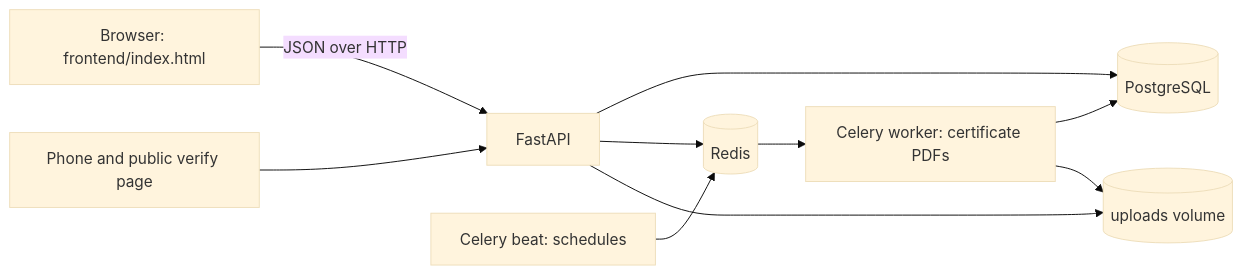
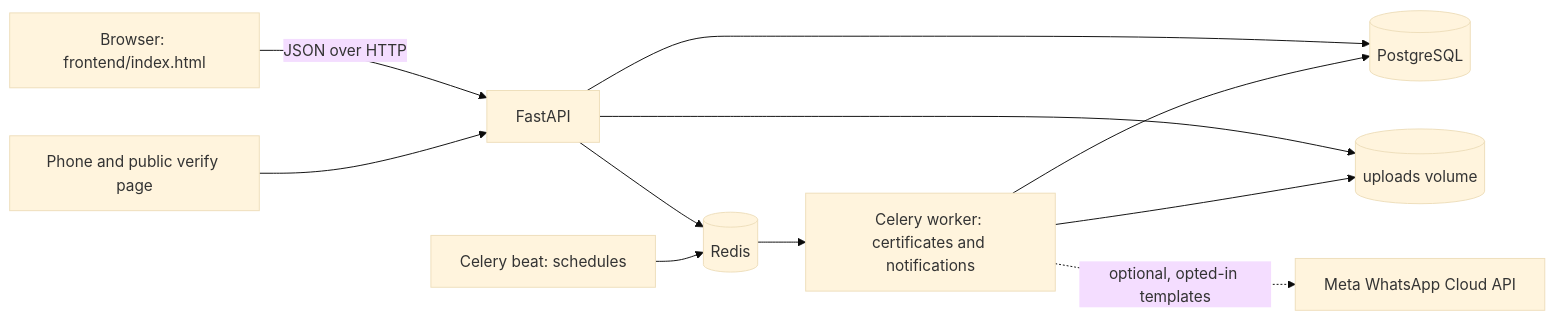
Before and after one commit to armanattrey/club-activities-tracker: the diagram in README.md, drawn with Mermaid (base theme). The commit also changed other lines of this file and 8 other files, not shown here.

Commit message:
Add optional WhatsApp notification delivery

````diff
--- a/README.md
+++ b/README.md
@@ -46,12 +48,13 @@
 ```mermaid
 flowchart LR
   UI[Browser: frontend/index.html] -->|JSON over HTTP| API[FastAPI]
   QR[Phone and public verify page] --> API
   API --> PG[(PostgreSQL)]
   API --> R[(Redis)]
   API --> FS[(uploads volume)]
-  R --> W[Celery worker: certificate PDFs]
+  R --> W[Celery worker: certificates and notifications]
   B[Celery beat: schedules] --> R
   W --> PG
   W --> FS
+  W -. optional, opted-in templates .-> WA[Meta WhatsApp Cloud API]
 ```
````
